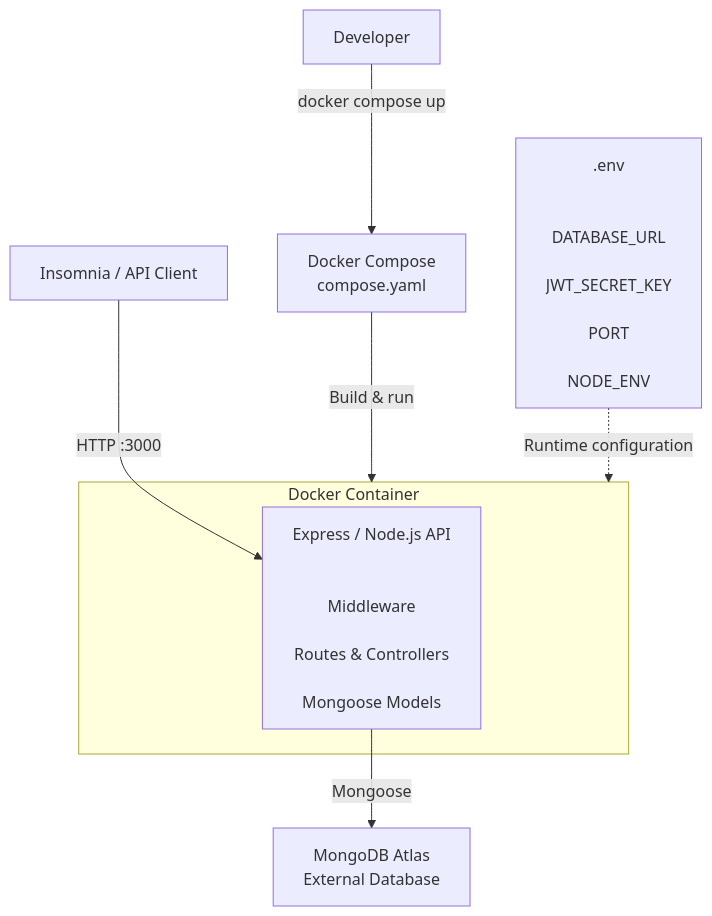
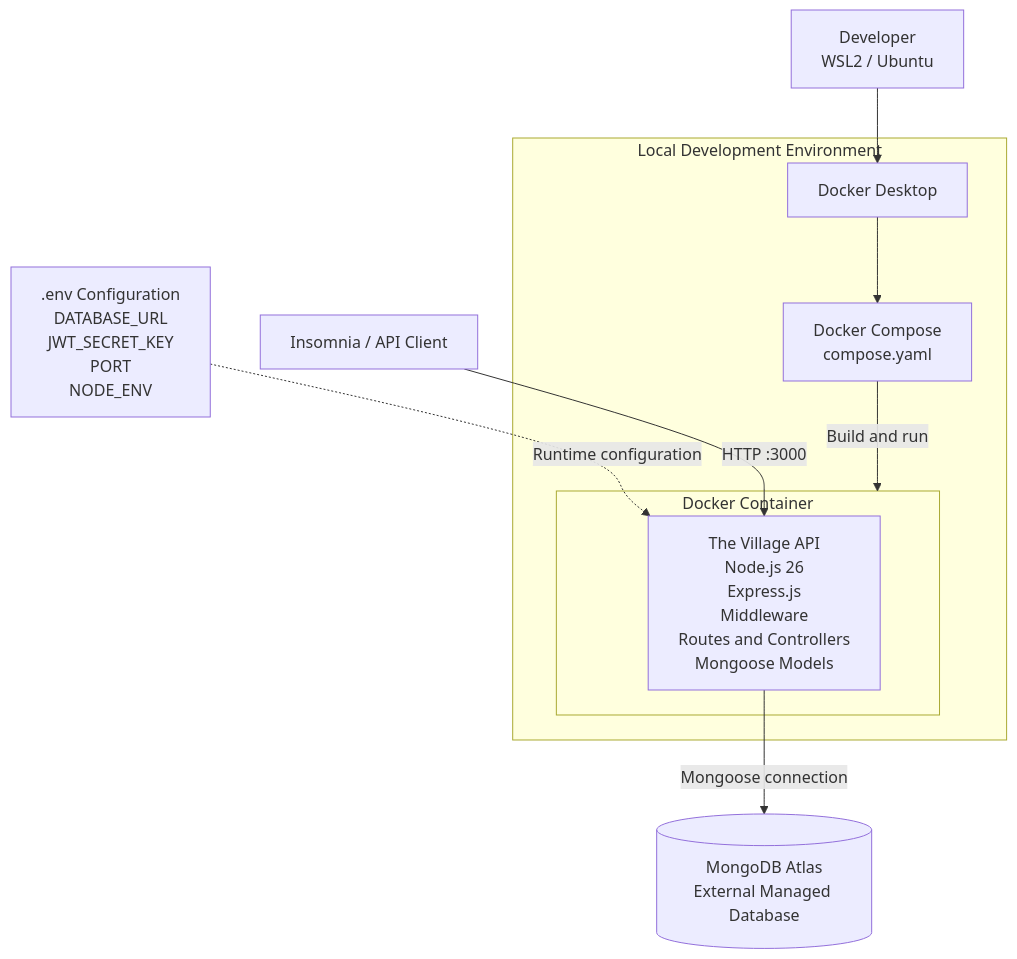
One commit to BeeGeeEss/the-village-CICD changed the second of 3 diagrams in application-architecture.md. Above: the diagram before and after it, drawn with Mermaid. The commit also changed other lines of this file and 1 other file, not shown here.

Commit message:
DOCS: Update app architecture and diagrams

````diff
--- a/application-architecture.md
+++ b/application-architecture.md
@@ -224,33 +154,27 @@
 ```mermaid
 flowchart TB
 
-    DEV["Developer"]
+    DEV["Developer<br/>WSL2 / Ubuntu"]
 
-    COMPOSE["Docker Compose<br/>compose.yaml"]
+    subgraph LOCAL["Local Development Environment"]
+        DOCKER["Docker Desktop"]
+        COMPOSE["Docker Compose<br/>compose.yaml"]
 
-    subgraph CONT["Docker Container"]
-
-        API["Express / Node.js API<br/><br/>
-        Middleware<br/>
-        Routes & Controllers<br/>
-        Mongoose Models"]
-
+        subgraph CONTAINER["Docker Container"]
+            API["The Village API<br/>Node.js 26<br/>Express.js<br/>Middleware<br/>Routes and Controllers<br/>Mongoose Models"]
+        end
     end
 
-    ENV[".env<br/><br/>
-    DATABASE_URL<br/>
-    JWT_SECRET_KEY<br/>
-    PORT<br/>
-    NODE_ENV"]
+    ENV[".env Configuration<br/>DATABASE_URL<br/>JWT_SECRET_KEY<br/>PORT<br/>NODE_ENV"]
 
     CLIENT["Insomnia / API Client"]
 
-    DB["MongoDB Atlas<br/>External Database"]
+    DB[("MongoDB Atlas<br/>External Managed Database")]
 
-    DEV -->|"docker compose up"| COMPOSE
-    COMPOSE -->|"Build & run"| CONT
-    ENV -.->|"Runtime configuration"| CONT
+    DEV --> DOCKER
+    DOCKER --> COMPOSE
+    COMPOSE -->|"Build and run"| CONTAINER
+    ENV -.->|"Runtime configuration"| API
     CLIENT -->|"HTTP :3000"| API
-    API -->|"Mongoose"| DB
-
+    API -->|"Mongoose connection"| DB
 ```
````
